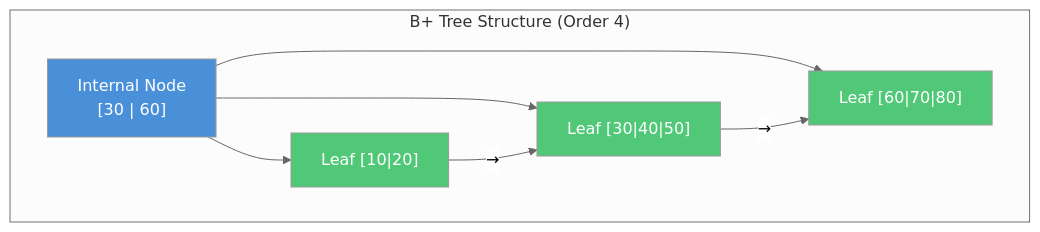
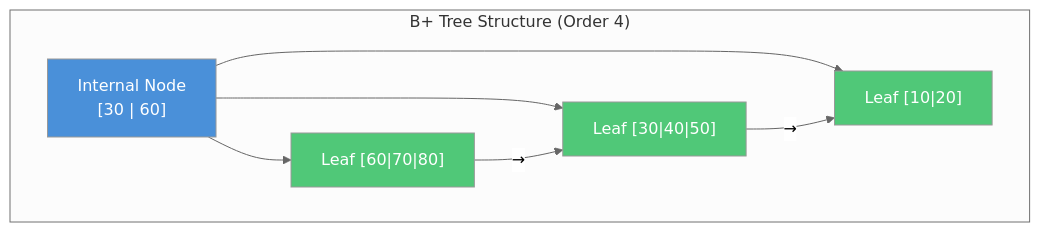
Before and after one commit to HimanshuVermaG/Antigravity: the first of 21 diagrams in UGC_NET_Study_Guide.md, drawn with Mermaid (neutral theme). The commit also changed other lines of this file, not shown here.

````diff
--- a/UGC_NET_Study_Guide.md
+++ b/UGC_NET_Study_Guide.md
@@ -37,14 +133,14 @@
 ```mermaid
 graph TD
     subgraph "B+ Tree Structure (Order 4)"
-        R["Internal Node<br/>[30 | 60]"] --> L1["Leaf [10|20]"]
+        R["Internal Node<br/>[30 | 60]"] --> L3["Leaf [10|20]"]
         R --> L2["Leaf [30|40|50]"]
-        R --> L3["Leaf [60|70|80]"]
+        R --> L1["Leaf [60|70|80]"]
         L1 -- "→" --> L2
         L2 -- "→" --> L3
     end
     style R fill:#4a90d9,color:#fff
     style L1 fill:#50c878,color:#fff
     style L2 fill:#50c878,color:#fff
     style L3 fill:#50c878,color:#fff
 ```
````
